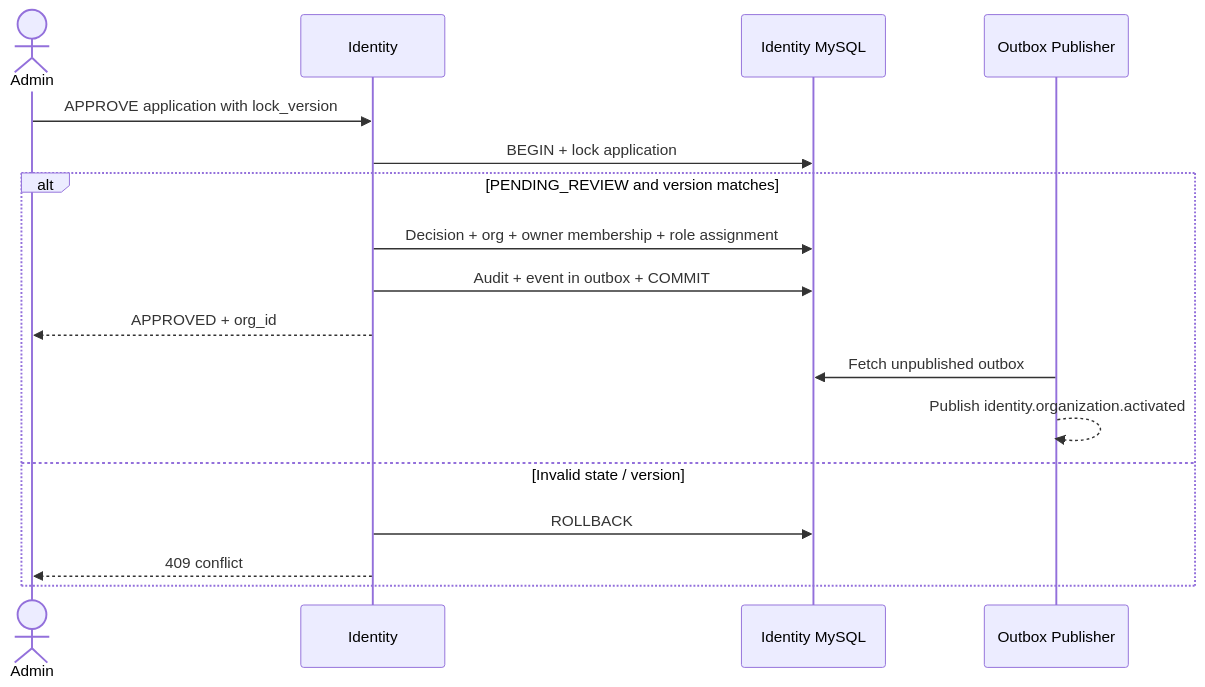
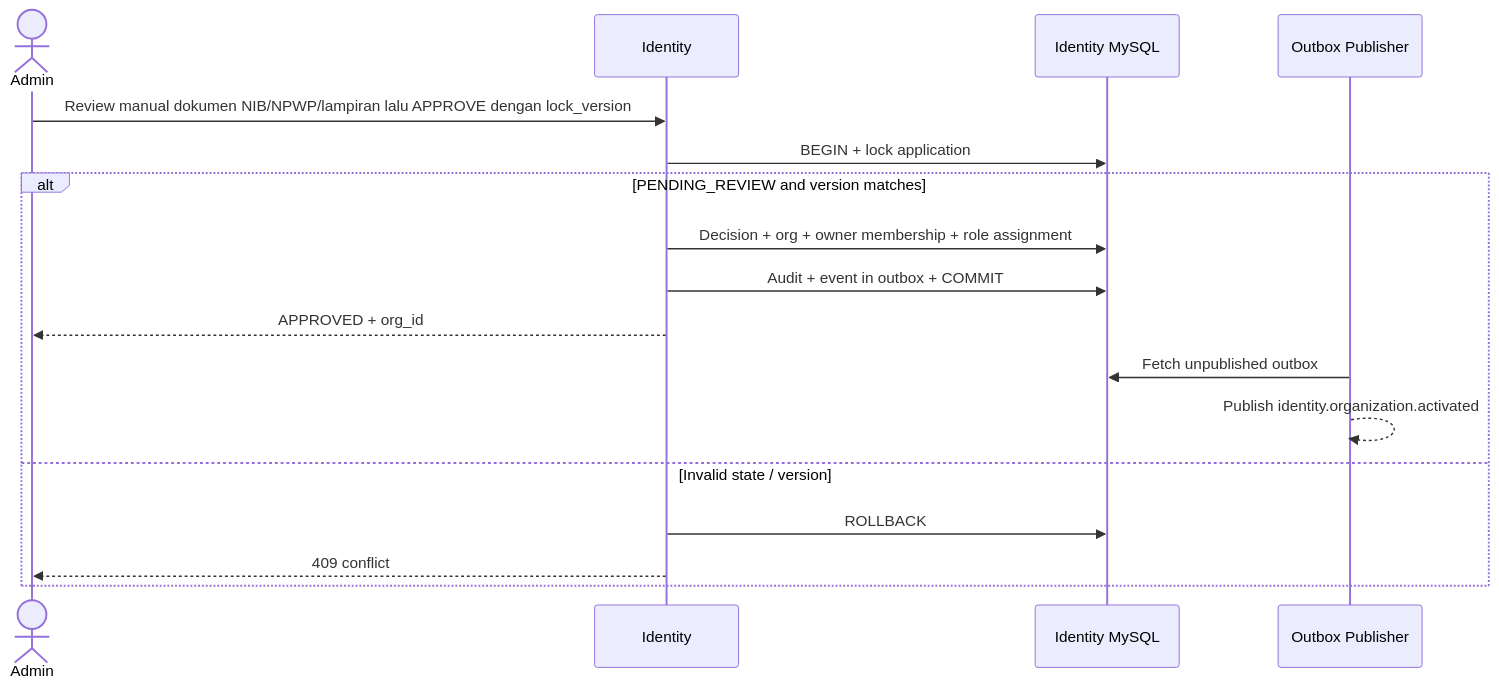
One commit to bilfat/servio changed the seventh of 8 diagrams in docs/backend/01-identity-access/01-identity-access.md. Above: the diagram before and after it, drawn with Mermaid. The commit also changed other lines of this file and 264 other files, not shown here.

````diff
--- a/docs/backend/01-identity-access/01-identity-access.md
+++ b/docs/backend/01-identity-access/01-identity-access.md
@@ -1314,19 +1407,19 @@
 ```mermaid
 sequenceDiagram
   actor A as Admin
   participant I as Identity
   participant DB as Identity MySQL
   participant Q as Outbox Publisher
-  A->>I: APPROVE application with lock_version
+  A->>I: Review manual dokumen NIB/NPWP/lampiran lalu APPROVE dengan lock_version
   I->>DB: BEGIN + lock application
   alt PENDING_REVIEW and version matches
     I->>DB: Decision + org + owner membership + role assignment
     I->>DB: Audit + event in outbox + COMMIT
     I-->>A: APPROVED + org_id
     Q->>DB: Fetch unpublished outbox
     Q-->>Q: Publish identity.organization.activated
   else Invalid state / version
     I->>DB: ROLLBACK
     I-->>A: 409 conflict
   end
 ```
````
